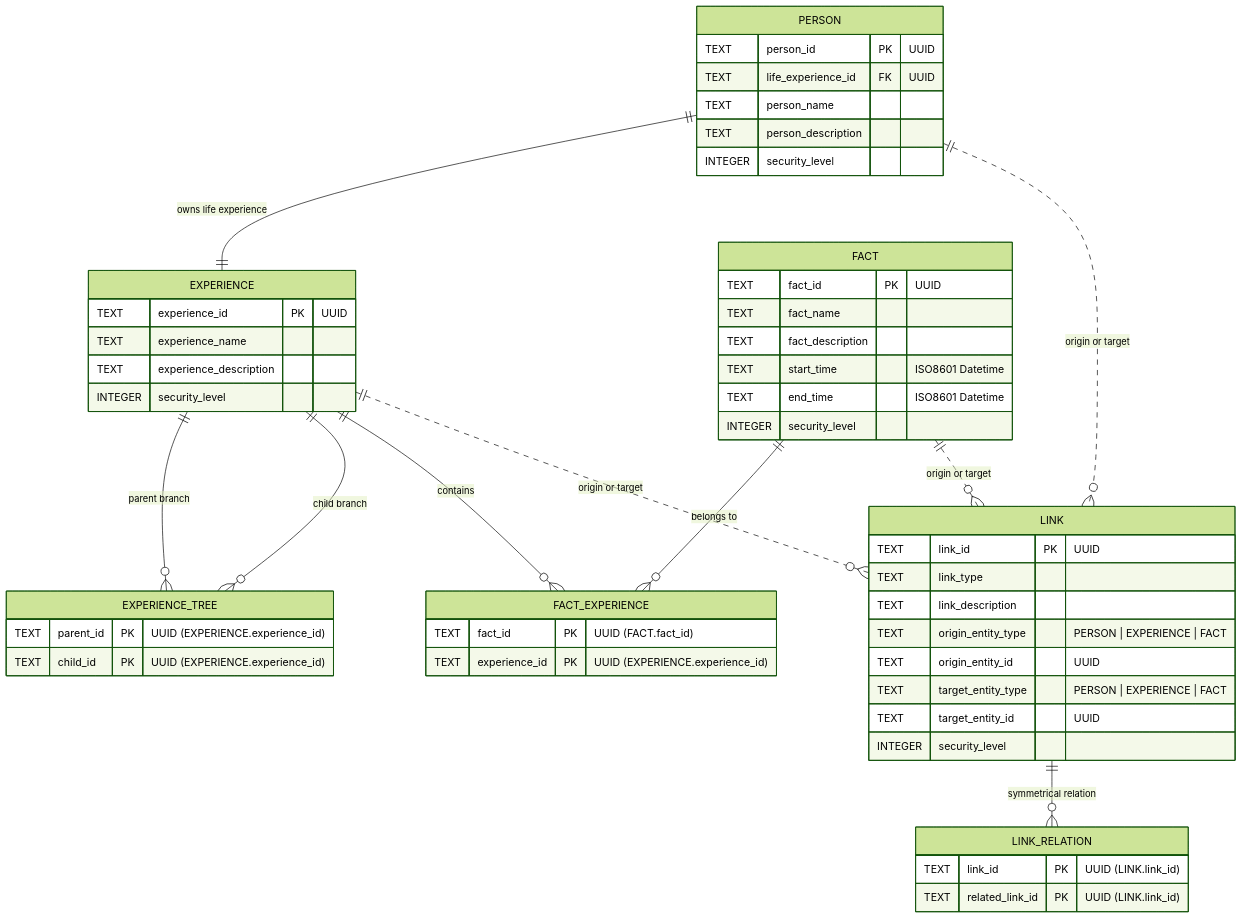
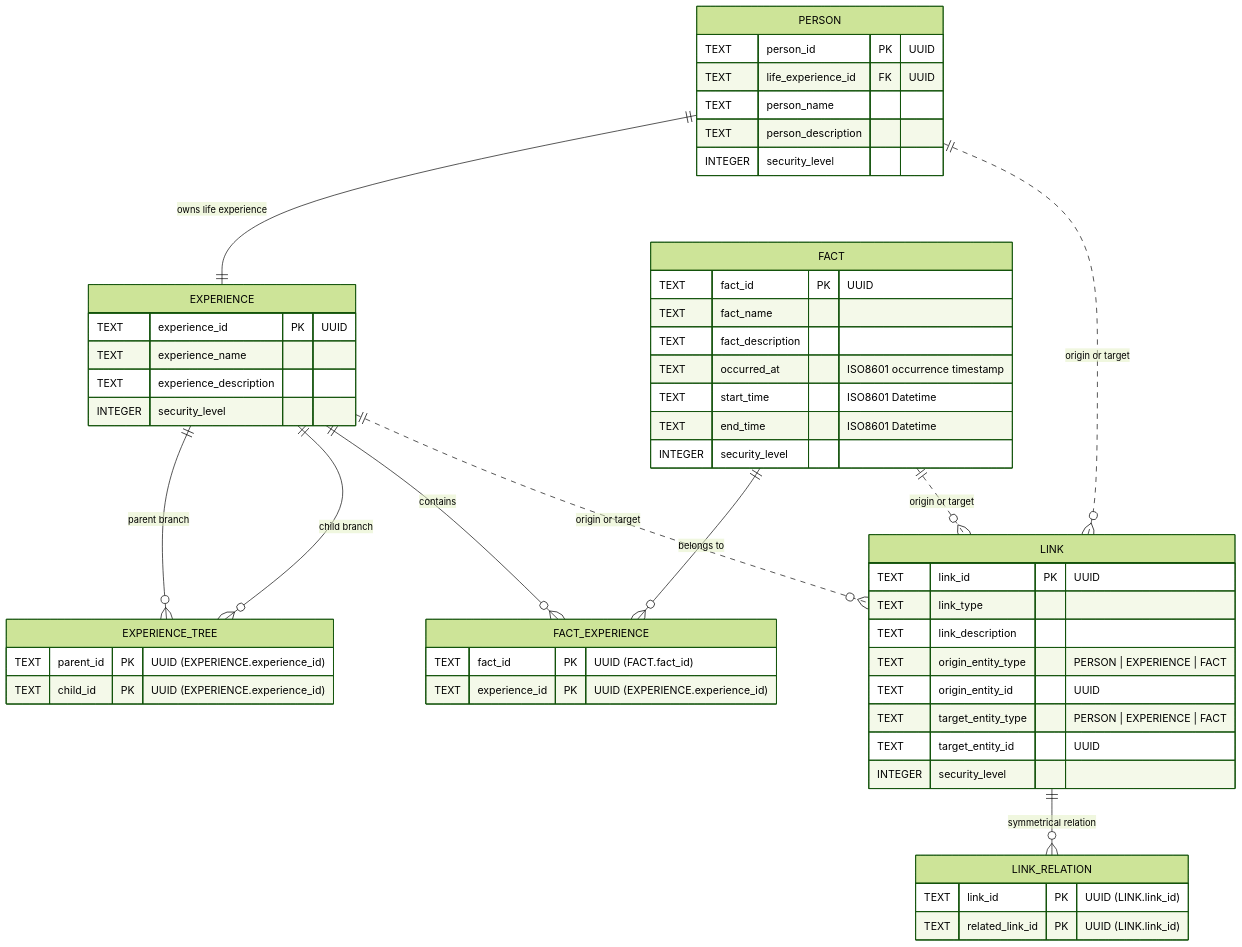
The diagram in docs/arch/00-hasm-model-structure.md (HibiyaHaraki/hasm), drawn with Mermaid (forest theme) before and after one commit. The commit also changed other lines of this file and 19 other files, not shown here.

````diff
--- a/docs/arch/00-hasm-model-structure.md
+++ b/docs/arch/00-hasm-model-structure.md
@@ -53,63 +53,64 @@
 ```mermaid
 erDiagram
     PERSON {
         TEXT person_id PK "UUID"
         TEXT life_experience_id FK "UUID"
         TEXT person_name
         TEXT person_description
         INTEGER security_level
     }
 
     EXPERIENCE {
         TEXT experience_id PK "UUID"
         TEXT experience_name
         TEXT experience_description
         INTEGER security_level
     }
 
     EXPERIENCE_TREE {
         TEXT parent_id PK "UUID (EXPERIENCE.experience_id)"
         TEXT child_id PK "UUID (EXPERIENCE.experience_id)"
     }
 
     FACT {
         TEXT fact_id PK "UUID"
         TEXT fact_name
         TEXT fact_description
+        TEXT occurred_at "ISO8601 occurrence timestamp"
         TEXT start_time "ISO8601 Datetime"
         TEXT end_time "ISO8601 Datetime"
         INTEGER security_level
     }
 
     FACT_EXPERIENCE {
         TEXT fact_id PK "UUID (FACT.fact_id)"
         TEXT experience_id PK "UUID (EXPERIENCE.experience_id)"
     }
 
     LINK {
         TEXT link_id PK "UUID"
         TEXT link_type
         TEXT link_description
         TEXT origin_entity_type "PERSON | EXPERIENCE | FACT"
         TEXT origin_entity_id "UUID"
         TEXT target_entity_type "PERSON | EXPERIENCE | FACT"
         TEXT target_entity_id "UUID"
         INTEGER security_level
     }
 
     LINK_RELATION {
         TEXT link_id PK "UUID (LINK.link_id)"
         TEXT related_link_id PK "UUID (LINK.link_id)"
     }
 
     PERSON ||--|| EXPERIENCE : "owns life experience"
     EXPERIENCE ||--o{ EXPERIENCE_TREE : "parent branch"
     EXPERIENCE ||--o{ EXPERIENCE_TREE : "child branch"
     FACT ||--o{ FACT_EXPERIENCE : "belongs to"
     EXPERIENCE ||--o{ FACT_EXPERIENCE : "contains"
     PERSON ||..o{ LINK : "origin or target"
     EXPERIENCE ||..o{ LINK : "origin or target"
     FACT ||..o{ LINK : "origin or target"
     LINK ||--o{ LINK_RELATION : "symmetrical relation"
 
 ```
````
